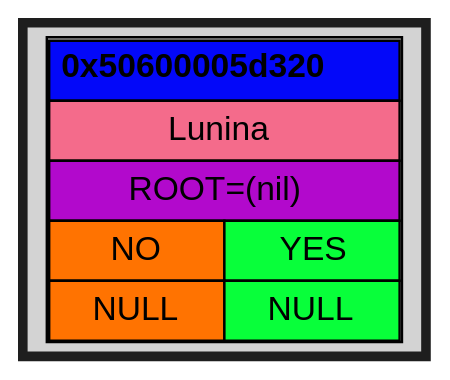
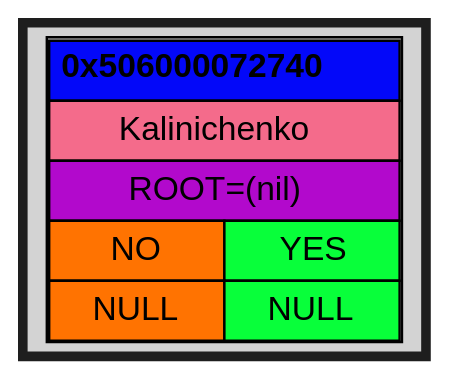
One commit to Kabuto-Mainer/Akinator changed the diagram in DUMPS/DEBUG/graph.dot. Above: the diagram before and after it, drawn with Graphviz. The commit also changed 114 other files, not shown here.

```diff
--- a/DUMPS/DEBUG/graph.dot
+++ b/DUMPS/DEBUG/graph.dot
@@ -1,23 +1,23 @@
 digraph {
   rankdir=UD;
   bgcolor="#1e1e1e"
   splines=ortho;
   nodesep=0.4;
   ranksep=0.6;
   node [shape=plaintext, style=filled, fontname="Helvetica"];
   edge [arrowhead=vee, arrowsize=0.6, penwidth=1.2];
 
-block_0x50600005d320 [label=<
+block_0x506000072740 [label=<
 <TABLE CELLSPACING="0" CELLPADDING="4">
-<TR><TD PORT="root" BGCOLOR="#0308f9ff" COLSPAN="2"><B>0x50600005d320</B></TD></TR>
-<TR><TD BGCOLOR="#f46b8bff" COLSPAN="2">Lunina</TD></TR>
+<TR><TD PORT="root" BGCOLOR="#0308f9ff" COLSPAN="2"><B>0x506000072740</B></TD></TR>
+<TR><TD BGCOLOR="#f46b8bff" COLSPAN="2">Kalinichenko</TD></TR>
 <TR><TD BGCOLOR="#b209ccff" COLSPAN="2">ROOT=(nil)</TD></TR>
 <TR><TD BGCOLOR="#ff7301ff">NO</TD><TD BGCOLOR="#08ff3aff">YES</TD></TR>
 <TR>
 <TD PORT="left" BGCOLOR="#ff7301ff">NULL</TD>
 <TD PORT="right" BGCOLOR="#08ff3aff">NULL</TD>
 </TR>
 </TABLE> >];
 
 
 }
```
